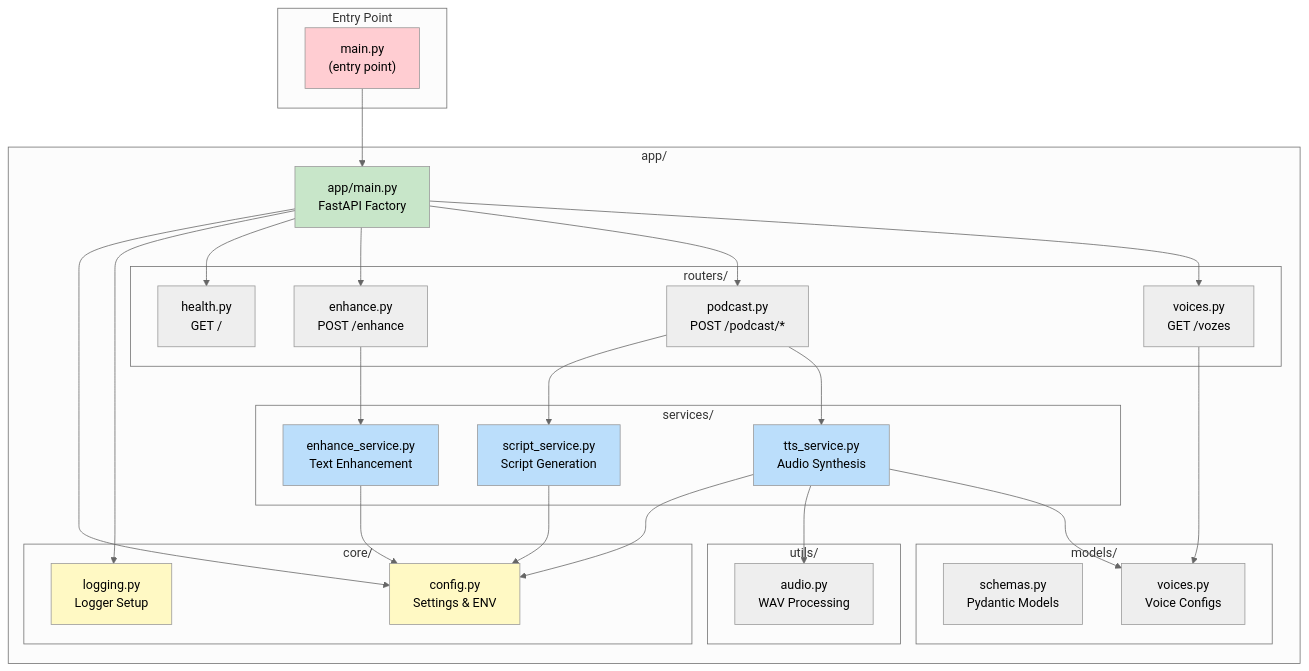
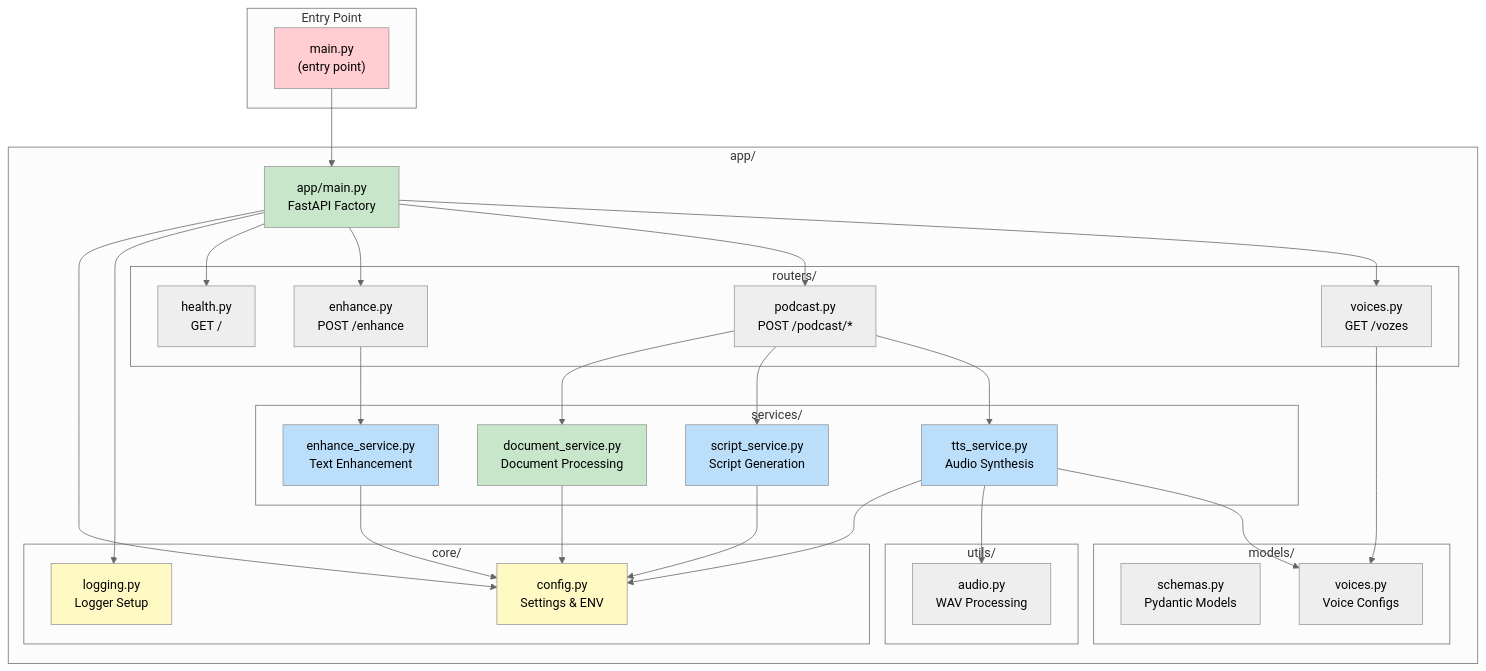
Before and after one commit to Lucas-Salomao/podcast-api-tts: the second of 8 diagrams in README.md, drawn with Mermaid (neutral theme). The commit also changed other lines of this file and 8 other files, not shown here.

Commit message:
feat: Implement podcast generation API with LLM scripting, TTS audio, and Docling document processing.

````diff
--- a/README.md
+++ b/README.md
@@ -94,64 +100,69 @@
 ```mermaid
 graph TD
     subgraph "Entry Point"
         MAIN["main.py<br/>(entry point)"]
     end
 
     subgraph "app/"
         APP_MAIN["app/main.py<br/>FastAPI Factory"]
         
         subgraph "core/"
             CONFIG["config.py<br/>Settings & ENV"]
             LOGGING["logging.py<br/>Logger Setup"]
         end
         
         subgraph "models/"
             SCHEMAS["schemas.py<br/>Pydantic Models"]
             VOICES["voices.py<br/>Voice Configs"]
         end
         
         subgraph "services/"
+            DOCUMENT["document_service.py<br/>Document Processing"]
             ENHANCE["enhance_service.py<br/>Text Enhancement"]
             SCRIPT["script_service.py<br/>Script Generation"]
             TTS["tts_service.py<br/>Audio Synthesis"]
         end
         
         subgraph "utils/"
             AUDIO["audio.py<br/>WAV Processing"]
         end
         
         subgraph "routers/"
             R_HEALTH["health.py<br/>GET /"]
             R_ENHANCE["enhance.py<br/>POST /enhance"]
             R_PODCAST["podcast.py<br/>POST /podcast/*"]
             R_VOICES["voices.py<br/>GET /vozes"]
         end
     end
 
     MAIN --> APP_MAIN
     APP_MAIN --> CONFIG
     APP_MAIN --> LOGGING
     APP_MAIN --> R_HEALTH
     APP_MAIN --> R_ENHANCE
     APP_MAIN --> R_PODCAST
     APP_MAIN --> R_VOICES
 
     R_ENHANCE --> ENHANCE
+    R_PODCAST --> DOCUMENT
     R_PODCAST --> SCRIPT
     R_PODCAST --> TTS
     R_VOICES --> VOICES
 
+    DOCUMENT --> CONFIG
     ENHANCE --> CONFIG
     SCRIPT --> CONFIG
     TTS --> CONFIG
     TTS --> AUDIO
     TTS --> VOICES
+
+    style DOCUMENT fill:#c8e6c9
 
     style MAIN fill:#ffcdd2
     style APP_MAIN fill:#c8e6c9
     style CONFIG fill:#fff9c4
     style LOGGING fill:#fff9c4
     style ENHANCE fill:#bbdefb
     style SCRIPT fill:#bbdefb
     style TTS fill:#bbdefb
 ```
````
